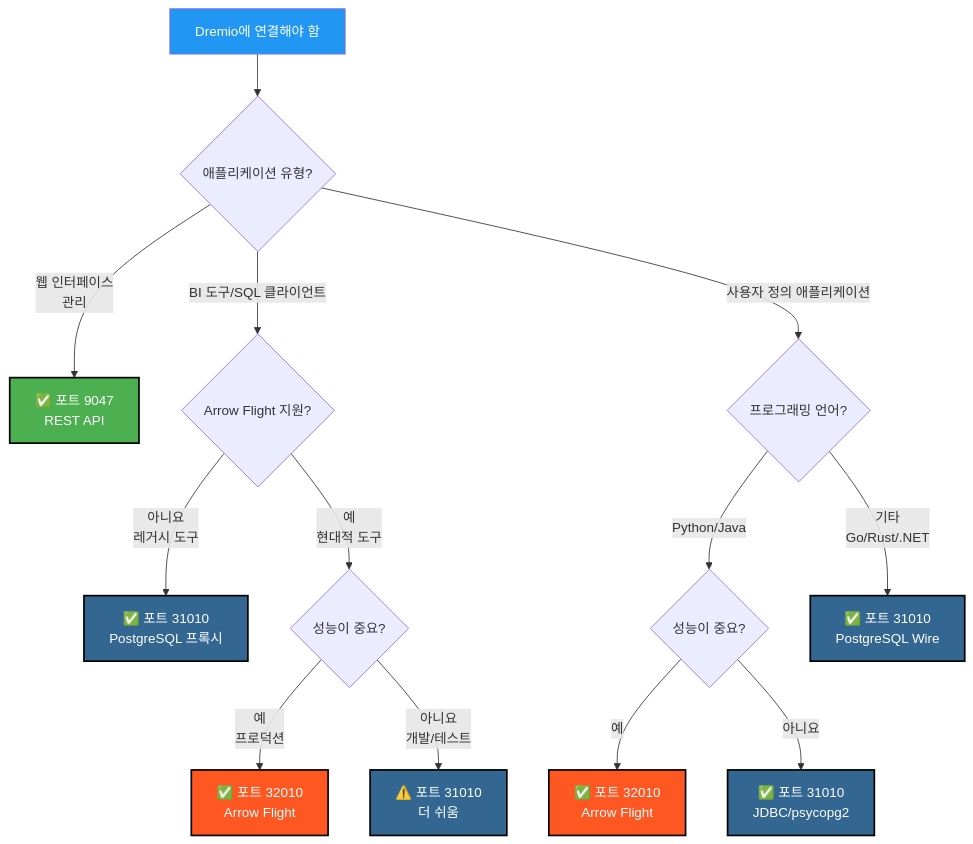
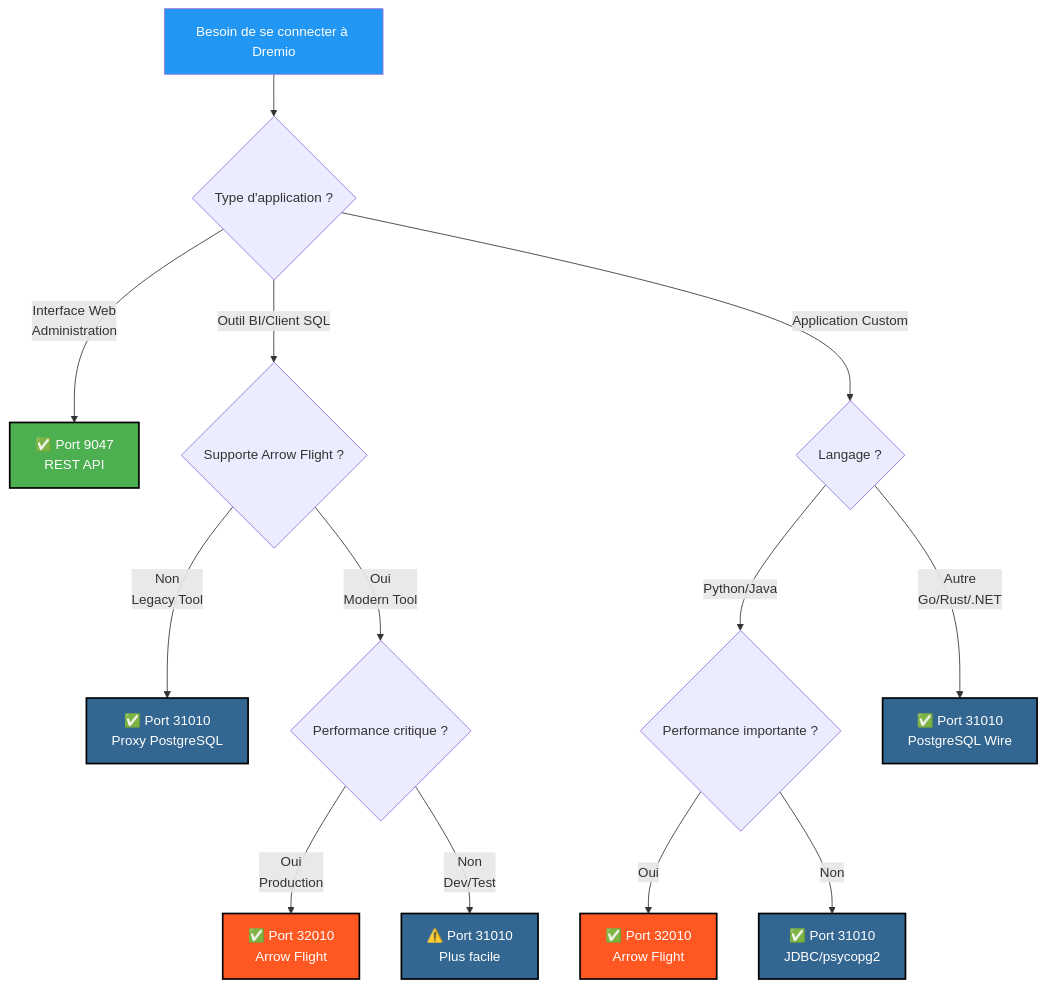
Before and after one commit to Monsau/Talentys-OSS-Data-Platform: the eighth of 9 diagrams in docs/i18n/ko/architecture/dremio-ports-visual.md, drawn with Mermaid. The commit also changed other lines of this file and 485 other files, not shown here.

First line of the commit message:
feat: v1.1.0 - Complete i18n roadmap, AI services, and data platform

````diff
--- a/docs/i18n/ko/architecture/dremio-ports-visual.md
+++ b/docs/i18n/ko/architecture/dremio-ports-visual.md
@@ -252,33 +252,33 @@
 ```mermaid
 graph TB
-    Start[Dremio에 연결해야 함]
+    Start[Besoin de se connecter à Dremio]
     
-    Start --> Q1{애플리케이션 유형?}
+    Start --> Q1{Type d'application ?}
     
-    Q1 -->|웹 인터페이스<br/>관리| Port9047[✅ 포트 9047<br/>REST API]
+    Q1 -->|Interface Web<br/>Administration| Port9047[✅ Port 9047<br/>REST API]
     
-    Q1 -->|BI 도구/SQL 클라이언트| Q2{Arrow Flight 지원?}
+    Q1 -->|Outil BI/Client SQL| Q2{Supporte Arrow Flight ?}
     
-    Q2 -->|아니요<br/>레거시 도구| Port31010[✅ 포트 31010<br/>PostgreSQL 프록시]
-    Q2 -->|예<br/>현대적 도구| Q3{성능이 중요?}
+    Q2 -->|Non<br/>Legacy Tool| Port31010[✅ Port 31010<br/>Proxy PostgreSQL]
+    Q2 -->|Oui<br/>Modern Tool| Q3{Performance critique ?}
     
-    Q3 -->|예<br/>프로덕션| Port32010[✅ 포트 32010<br/>Arrow Flight]
-    Q3 -->|아니요<br/>개발/테스트| Port31010b[⚠️ 포트 31010<br/>더 쉬움]
+    Q3 -->|Oui<br/>Production| Port32010[✅ Port 32010<br/>Arrow Flight]
+    Q3 -->|Non<br/>Dev/Test| Port31010b[⚠️ Port 31010<br/>Plus facile]
     
-    Q1 -->|사용자 정의 애플리케이션| Q4{프로그래밍 언어?}
+    Q1 -->|Application Custom| Q4{Langage ?}
     
-    Q4 -->|Python/Java| Q5{성능이 중요?}
-    Q5 -->|예| Port32010b[✅ 포트 32010<br/>Arrow Flight]
-    Q5 -->|아니요| Port31010c[✅ 포트 31010<br/>JDBC/psycopg2]
+    Q4 -->|Python/Java| Q5{Performance importante ?}
+    Q5 -->|Oui| Port32010b[✅ Port 32010<br/>Arrow Flight]
+    Q5 -->|Non| Port31010c[✅ Port 31010<br/>JDBC/psycopg2]
     
-    Q4 -->|기타<br/>Go/Rust/.NET| Port31010d[✅ 포트 31010<br/>PostgreSQL Wire]
+    Q4 -->|Autre<br/>Go/Rust/.NET| Port31010d[✅ Port 31010<br/>PostgreSQL Wire]
     
     style Start fill:#2196F3,color:#fff
     style Port9047 fill:#4CAF50,color:#fff,stroke:#000,stroke-width:2px
     style Port31010 fill:#336791,color:#fff,stroke:#000,stroke-width:2px
     style Port31010b fill:#336791,color:#fff,stroke:#000,stroke-width:2px
     style Port31010c fill:#336791,color:#fff,stroke:#000,stroke-width:2px
     style Port31010d fill:#336791,color:#fff,stroke:#000,stroke-width:2px
     style Port32010 fill:#FF5722,color:#fff,stroke:#000,stroke-width:2px
     style Port32010b fill:#FF5722,color:#fff,stroke:#000,stroke-width:2px
 ```
````
